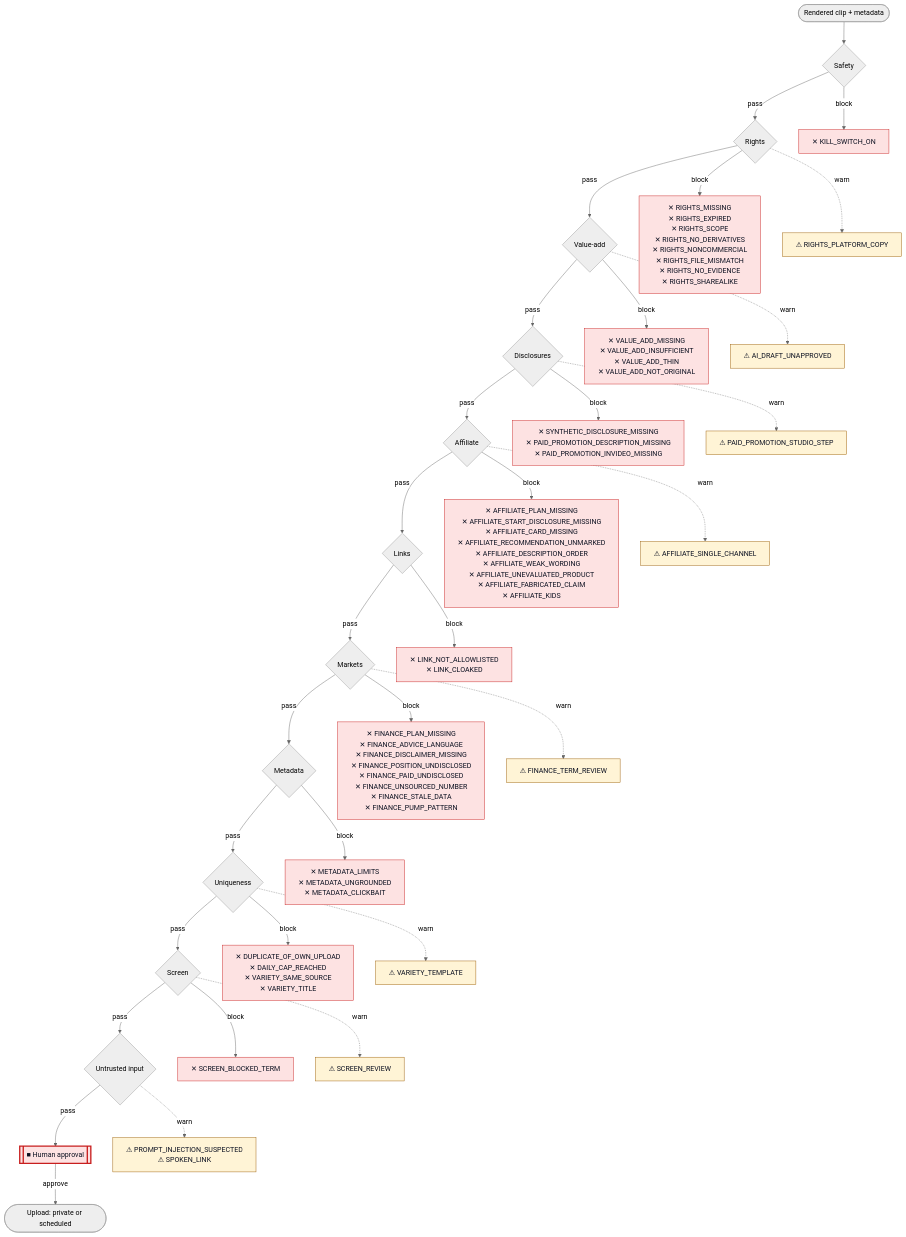
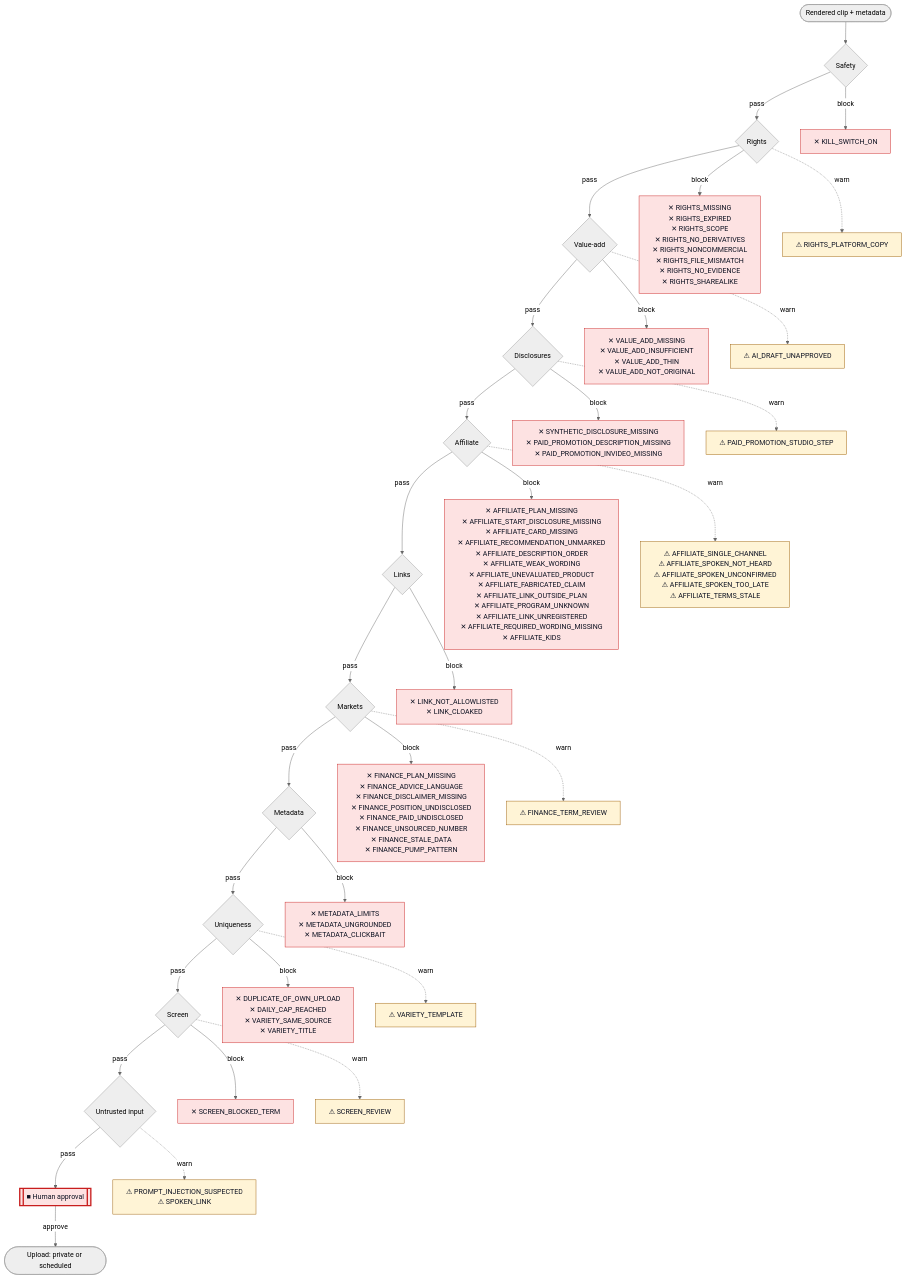
One commit to Normansrule/fair-clip changed the diagram in assets/src/gate-flow.mmd. Above: the diagram before and after it, drawn with Mermaid (neutral theme). The commit also changed 48 other files, not shown here.

```diff
--- a/assets/src/gate-flow.mmd
+++ b/assets/src/gate-flow.mmd
@@ -1,49 +1,49 @@
 flowchart TD
   IN(["Rendered clip + metadata"]) --> G0
   G0{"Safety"}
   G0 -->|pass| G1
   G0 -->|block| B0["✕#160;KILL_SWITCH_ON"]
   G1{"Rights"}
   G1 -->|pass| G2
   G1 -->|block| B1["✕#160;RIGHTS_MISSING<br/>✕#160;RIGHTS_EXPIRED<br/>✕#160;RIGHTS_SCOPE<br/>✕#160;RIGHTS_NO_DERIVATIVES<br/>✕#160;RIGHTS_NONCOMMERCIAL<br/>✕#160;RIGHTS_FILE_MISMATCH<br/>✕#160;RIGHTS_NO_EVIDENCE<br/>✕#160;RIGHTS_SHAREALIKE"]
   G1 -.->|warn| W1["⚠#160;RIGHTS_PLATFORM_COPY"]
   G2{"Value-add"}
   G2 -->|pass| G3
   G2 -->|block| B2["✕#160;VALUE_ADD_MISSING<br/>✕#160;VALUE_ADD_INSUFFICIENT<br/>✕#160;VALUE_ADD_THIN<br/>✕#160;VALUE_ADD_NOT_ORIGINAL"]
   G2 -.->|warn| W2["⚠#160;AI_DRAFT_UNAPPROVED"]
   G3{"Disclosures"}
   G3 -->|pass| G4
   G3 -->|block| B3["✕#160;SYNTHETIC_DISCLOSURE_MISSING<br/>✕#160;PAID_PROMOTION_DESCRIPTION_MISSING<br/>✕#160;PAID_PROMOTION_INVIDEO_MISSING"]
   G3 -.->|warn| W3["⚠#160;PAID_PROMOTION_STUDIO_STEP"]
   G4{"Affiliate"}
   G4 -->|pass| G5
-  G4 -->|block| B4["✕#160;AFFILIATE_PLAN_MISSING<br/>✕#160;AFFILIATE_START_DISCLOSURE_MISSING<br/>✕#160;AFFILIATE_CARD_MISSING<br/>✕#160;AFFILIATE_RECOMMENDATION_UNMARKED<br/>✕#160;AFFILIATE_DESCRIPTION_ORDER<br/>✕#160;AFFILIATE_WEAK_WORDING<br/>✕#160;AFFILIATE_UNEVALUATED_PRODUCT<br/>✕#160;AFFILIATE_FABRICATED_CLAIM<br/>✕#160;AFFILIATE_KIDS"]
-  G4 -.->|warn| W4["⚠#160;AFFILIATE_SINGLE_CHANNEL"]
+  G4 -->|block| B4["✕#160;AFFILIATE_PLAN_MISSING<br/>✕#160;AFFILIATE_START_DISCLOSURE_MISSING<br/>✕#160;AFFILIATE_CARD_MISSING<br/>✕#160;AFFILIATE_RECOMMENDATION_UNMARKED<br/>✕#160;AFFILIATE_DESCRIPTION_ORDER<br/>✕#160;AFFILIATE_WEAK_WORDING<br/>✕#160;AFFILIATE_UNEVALUATED_PRODUCT<br/>✕#160;AFFILIATE_FABRICATED_CLAIM<br/>✕#160;AFFILIATE_LINK_OUTSIDE_PLAN<br/>✕#160;AFFILIATE_PROGRAM_UNKNOWN<br/>✕#160;AFFILIATE_LINK_UNREGISTERED<br/>✕#160;AFFILIATE_REQUIRED_WORDING_MISSING<br/>✕#160;AFFILIATE_KIDS"]
+  G4 -.->|warn| W4["⚠#160;AFFILIATE_SINGLE_CHANNEL<br/>⚠#160;AFFILIATE_SPOKEN_NOT_HEARD<br/>⚠#160;AFFILIATE_SPOKEN_UNCONFIRMED<br/>⚠#160;AFFILIATE_SPOKEN_TOO_LATE<br/>⚠#160;AFFILIATE_TERMS_STALE"]
   G5{"Links"}
   G5 -->|pass| G6
   G5 -->|block| B5["✕#160;LINK_NOT_ALLOWLISTED<br/>✕#160;LINK_CLOAKED"]
   G6{"Markets"}
   G6 -->|pass| G7
   G6 -->|block| B6["✕#160;FINANCE_PLAN_MISSING<br/>✕#160;FINANCE_ADVICE_LANGUAGE<br/>✕#160;FINANCE_DISCLAIMER_MISSING<br/>✕#160;FINANCE_POSITION_UNDISCLOSED<br/>✕#160;FINANCE_PAID_UNDISCLOSED<br/>✕#160;FINANCE_UNSOURCED_NUMBER<br/>✕#160;FINANCE_STALE_DATA<br/>✕#160;FINANCE_PUMP_PATTERN"]
   G6 -.->|warn| W6["⚠#160;FINANCE_TERM_REVIEW"]
   G7{"Metadata"}
   G7 -->|pass| G8
   G7 -->|block| B7["✕#160;METADATA_LIMITS<br/>✕#160;METADATA_UNGROUNDED<br/>✕#160;METADATA_CLICKBAIT"]
   G8{"Uniqueness"}
   G8 -->|pass| G9
   G8 -->|block| B8["✕#160;DUPLICATE_OF_OWN_UPLOAD<br/>✕#160;DAILY_CAP_REACHED<br/>✕#160;VARIETY_SAME_SOURCE<br/>✕#160;VARIETY_TITLE"]
   G8 -.->|warn| W8["⚠#160;VARIETY_TEMPLATE"]
   G9{"Screen"}
   G9 -->|pass| G10
   G9 -->|block| B9["✕#160;SCREEN_BLOCKED_TERM"]
   G9 -.->|warn| W9["⚠#160;SCREEN_REVIEW"]
   G10{"Untrusted input"}
   G10 -->|pass| HA
   G10 -.->|warn| W10["⚠#160;PROMPT_INJECTION_SUSPECTED<br/>⚠#160;SPOKEN_LINK"]
   HA[["■ Human approval"]] -->|approve| UP(["Upload: private or scheduled"])
   classDef block fill:#FDE2E2,stroke:#C81E1E,color:#0B1020
   classDef warn fill:#FFF4D6,stroke:#9A5B00,color:#0B1020
   classDef stop fill:#FDE2E2,stroke:#C81E1E,stroke-width:3px,color:#0B1020
   class B0,B1,B2,B3,B4,B5,B6,B7,B8,B9 block
   class W1,W2,W3,W4,W6,W8,W9,W10 warn
   class HA stop
```
